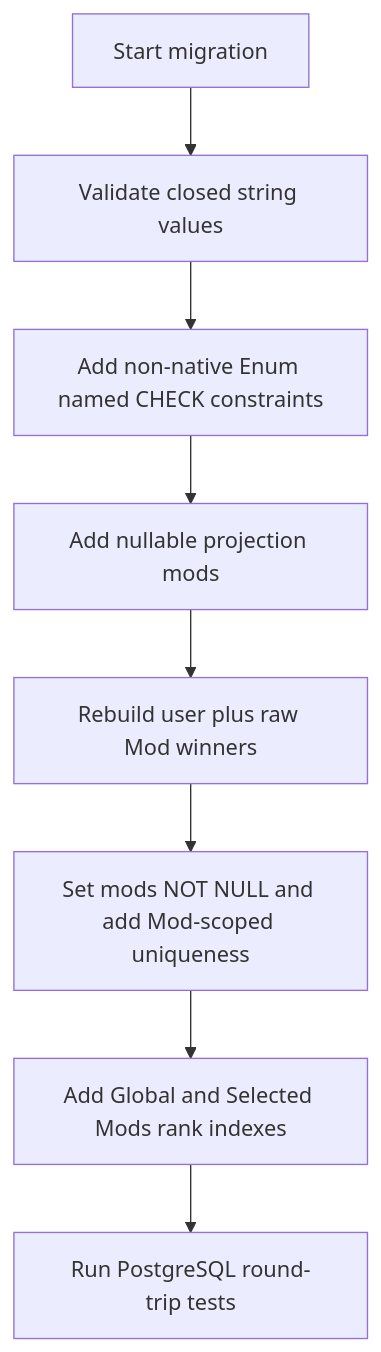
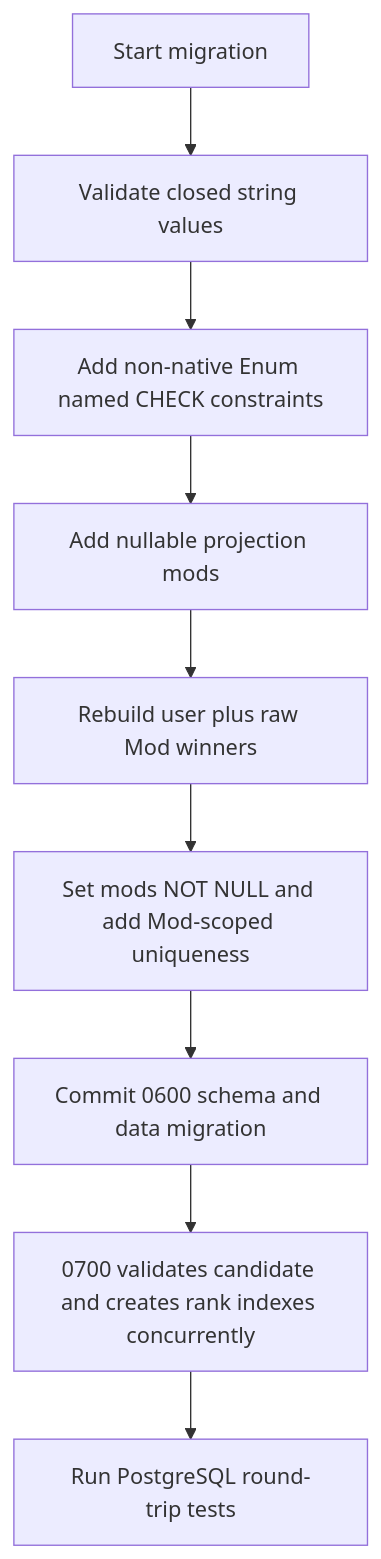
Before and after one commit to Reticulmz/athena: the sixth of 6 diagrams in .kiro/specs/beatmap-leaderboards/design.md, drawn with Mermaid. The commit also changed other lines of this file and 10 other files, not shown here.

````diff
--- a/.kiro/specs/beatmap-leaderboards/design.md
+++ b/.kiro/specs/beatmap-leaderboards/design.md
@@ -914,10 +914,11 @@
 ```mermaid
 graph TB
     Start[Start migration] --> ValidateClosedValues[Validate closed string values]
     ValidateClosedValues --> AddChecks[Add non-native Enum named CHECK constraints]
     AddChecks --> AddMods[Add nullable projection mods]
     AddMods --> RebuildProjection[Rebuild user plus raw Mod winners]
     RebuildProjection --> ConstrainMods[Set mods NOT NULL and add Mod-scoped uniqueness]
-    ConstrainMods --> AddIndexes[Add Global and Selected Mods rank indexes]
+    ConstrainMods --> CommitProjection[Commit 0600 schema and data migration]
+    CommitProjection --> AddIndexes[0700 validates candidate and creates rank indexes concurrently]
     AddIndexes --> Verify[Run PostgreSQL round-trip tests]
 ```
````
